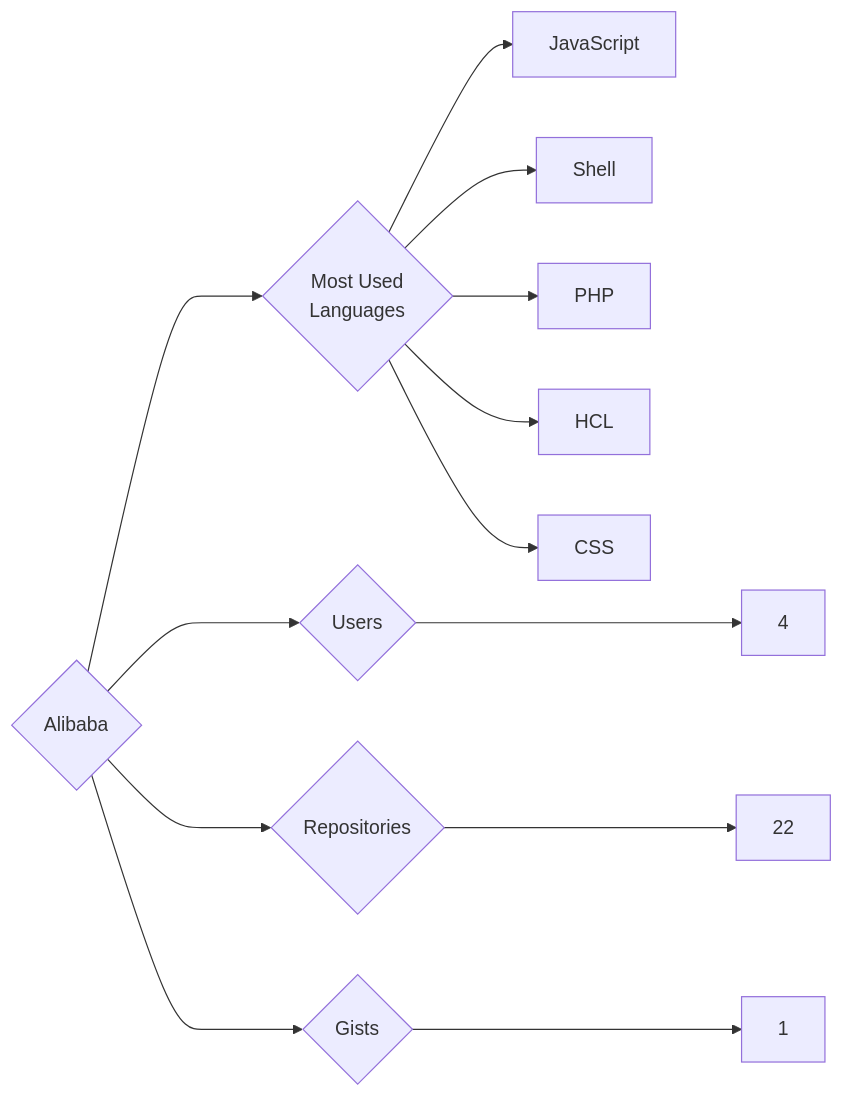
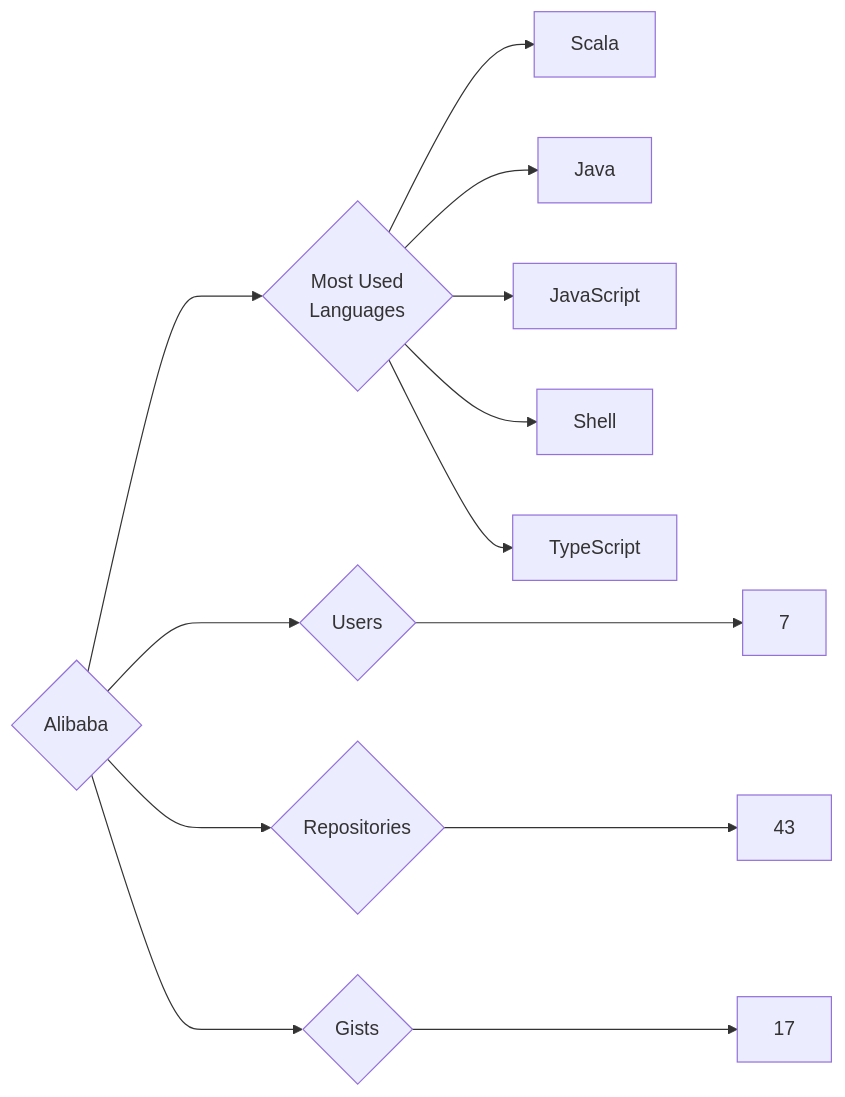
One commit to trickest/insiders changed the diagram in targets/Alibaba/README.md. Above: the diagram before and after it, drawn with Mermaid. The commit also changed 1003 other files, not shown here.

````diff
--- a/targets/Alibaba/README.md
+++ b/targets/Alibaba/README.md
@@ -3,13 +3,13 @@
 ```mermaid
 graph LR
 COMPANY_NAME{Alibaba}
-COMPANY_NAME ---> U{Users} ---> UN[4]
-COMPANY_NAME ---> R{Repositories} ---> RN[22]
-COMPANY_NAME ---> G{Gists} ---> GN[1]
+COMPANY_NAME ---> U{Users} ---> UN[7]
+COMPANY_NAME ---> R{Repositories} ---> RN[43]
+COMPANY_NAME ---> G{Gists} ---> GN[17]
 COMPANY_NAME ---> ML{Most Used<br>Languages}
+ML --> Scala[Scala]
+ML --> Java[Java]
 ML --> JavaScript[JavaScript]
 ML --> Shell[Shell]
-ML --> PHP[PHP]
-ML --> HCL[HCL]
-ML --> CSS[CSS]
+ML --> TypeScript[TypeScript]
 ```
````
